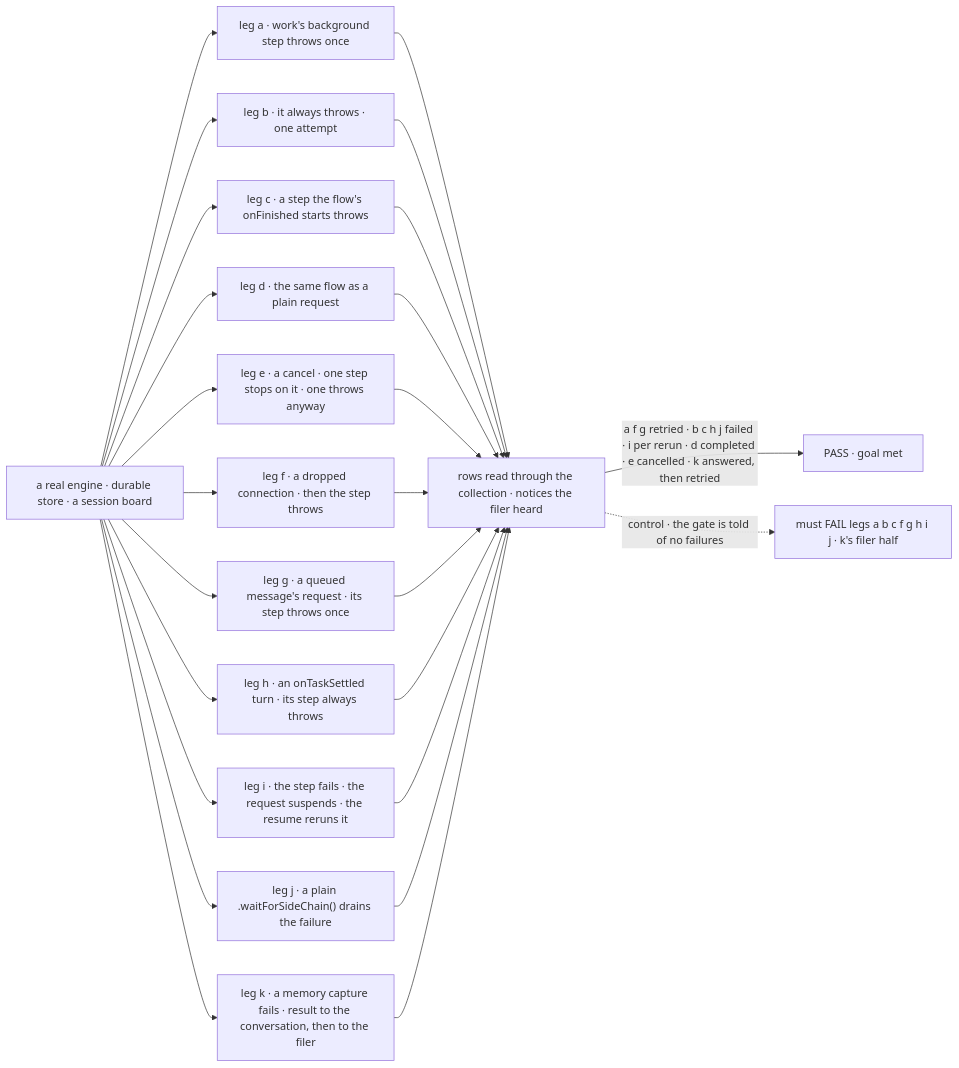
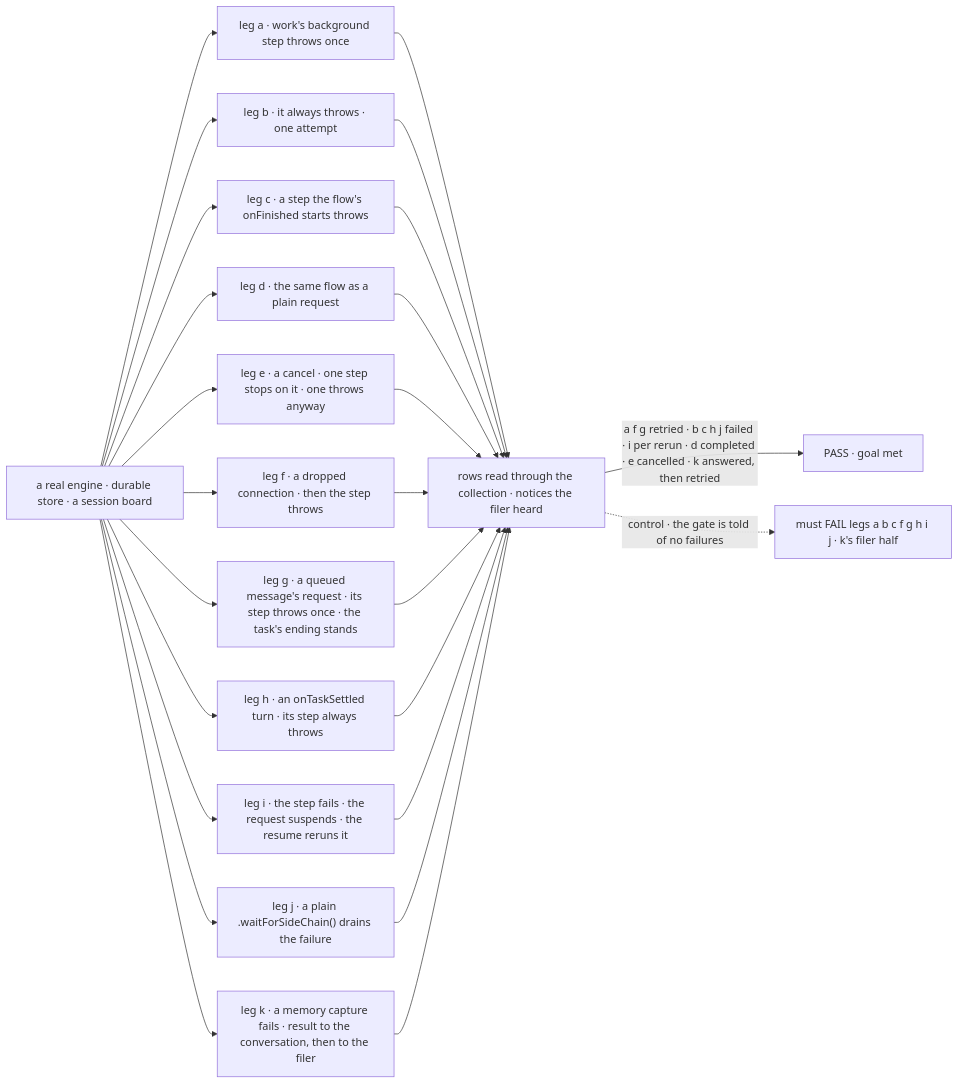
One commit to fixpoint-labs/flow-state-dev changed the first of 2 diagrams in specs/issues/FIX-2088/SPEC.md. Above: the diagram before and after it, drawn with Mermaid. The commit also changed other lines of this file and 35 other files, not shown here.

````diff
--- a/specs/issues/FIX-2088/SPEC.md
+++ b/specs/issues/FIX-2088/SPEC.md
@@ -29,27 +29,27 @@
 ```mermaid
 flowchart LR
   A["a real engine · durable store · a session board"] --> L1["leg a · work's background step throws once"]
   A --> L2["leg b · it always throws · one attempt"]
   A --> L3["leg c · a step the flow's onFinished starts throws"]
   A --> L4["leg d · the same flow as a plain request"]
   A --> L5["leg e · a cancel · one step stops on it · one throws anyway"]
   A --> L6["leg f · a dropped connection · then the step throws"]
-  A --> L7["leg g · a queued message's request · its step throws once"]
+  A --> L7["leg g · a queued message's request · its step throws once · the task's ending stands"]
   A --> L8["leg h · an onTaskSettled turn · its step always throws"]
   A --> L9["leg i · the step fails · the request suspends · the resume reruns it"]
   A --> L10["leg j · a plain .waitForSideChain() drains the failure"]
   A --> L11["leg k · a memory capture fails · result to the conversation, then to the filer"]
   L1 --> R["rows read through the collection · notices the filer heard"]
   L2 --> R
   L3 --> R
   L4 --> R
   L5 --> R
   L6 --> R
   L7 --> R
   L8 --> R
   L9 --> R
   L10 --> R
   L11 --> R
   R -->|"a f g retried · b c h j failed · i per rerun · d completed · e cancelled · k answered, then retried"| P["PASS · goal met"]
   R -.->|"control · the gate is told of no failures"| F["must FAIL legs a b c f g h i j · k's filer half"]
 ```
````
